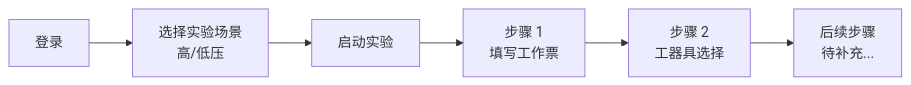
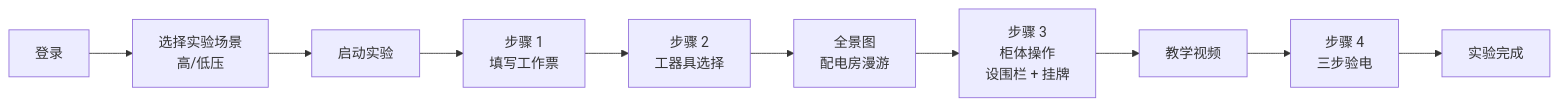
One commit to zhanzhan702/virtual-experiment changed the diagram in README.md. Above: the diagram before and after it, drawn with Mermaid. The commit also changed other lines of this file, not shown here.

Commit message:
docs(readme): update experiment flow, routing, and project structure for steps 3-4

````diff
--- a/README.md
+++ b/README.md
@@ -132,8 +135,12 @@
 ```mermaid
 flowchart LR
     A[登录] --> B[选择实验场景<br/>高/低压]
     B --> C[启动实验]
     C --> D[步骤 1<br/>填写工作票]
     D --> E[步骤 2<br/>工器具选择]
-    E --> F[后续步骤<br/>待补充...]
+    E --> F[全景图<br/>配电房漫游]
+    F --> G[步骤 3<br/>柜体操作<br/>设围栏 + 挂牌]
+    G --> H[教学视频]
+    H --> I[步骤 4<br/>三步验电]
+    I --> J[实验完成]
 ```
````
